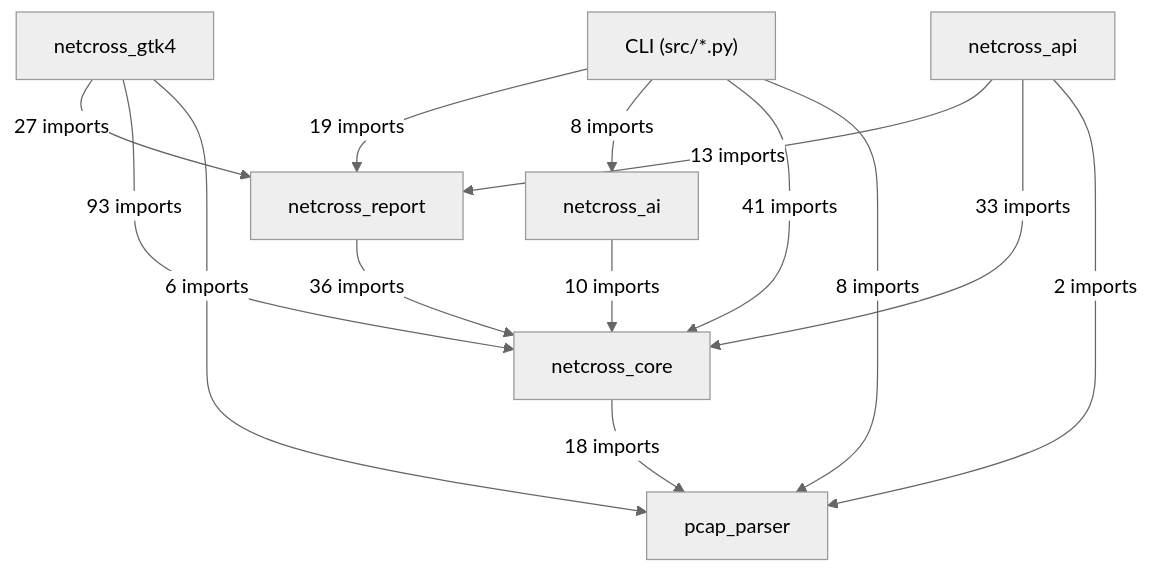
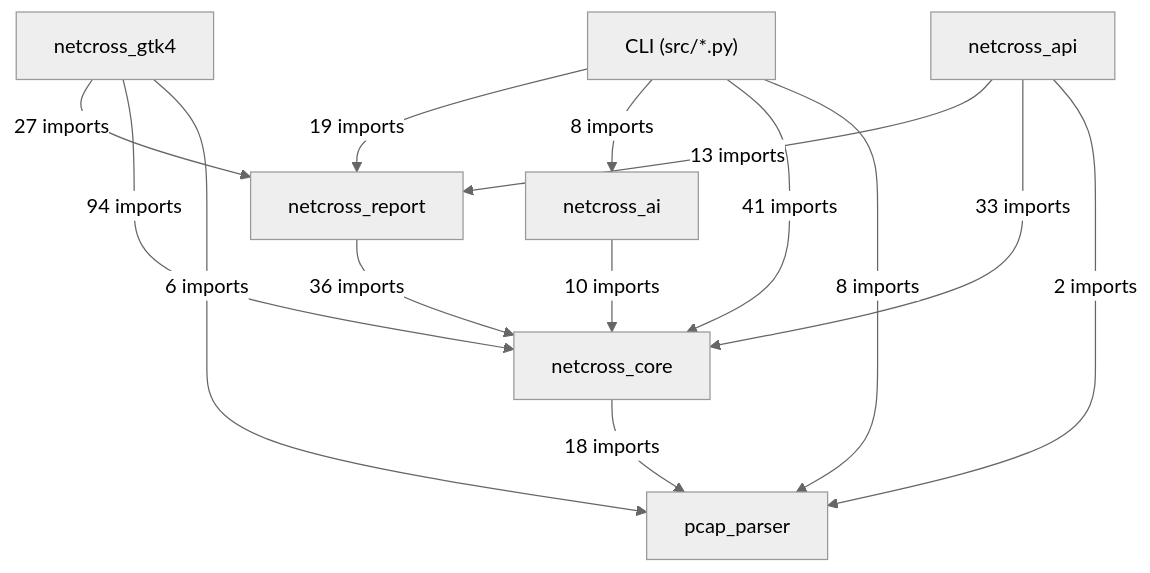
One commit to Mathide-Team/Netcross changed the first of 19 diagrams in docs/class-diagram.md. Above: the diagram before and after it, drawn with Mermaid (neutral theme). The commit also changed other lines of this file and 9 other files, not shown here.

````diff
--- a/docs/class-diagram.md
+++ b/docs/class-diagram.md
@@ -26,23 +26,23 @@
 ```mermaid
 flowchart TD
     CLI["CLI (src/*.py)"]
     netcross_gtk4["netcross_gtk4"]
     netcross_api["netcross_api"]
     netcross_report["netcross_report"]
     netcross_ai["netcross_ai"]
     netcross_core["netcross_core"]
     pcap_parser["pcap_parser"]
     CLI -->|"19 imports"| netcross_report
     CLI -->|"8 imports"| netcross_ai
     CLI -->|"41 imports"| netcross_core
     CLI -->|"8 imports"| pcap_parser
     netcross_gtk4 -->|"27 imports"| netcross_report
-    netcross_gtk4 -->|"93 imports"| netcross_core
+    netcross_gtk4 -->|"94 imports"| netcross_core
     netcross_gtk4 -->|"6 imports"| pcap_parser
     netcross_api -->|"13 imports"| netcross_report
     netcross_api -->|"33 imports"| netcross_core
     netcross_api -->|"2 imports"| pcap_parser
     netcross_report -->|"36 imports"| netcross_core
     netcross_ai -->|"10 imports"| netcross_core
     netcross_core -->|"18 imports"| pcap_parser
 ```
````
